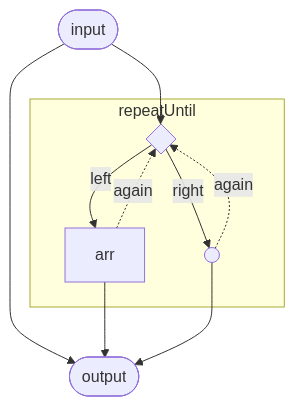
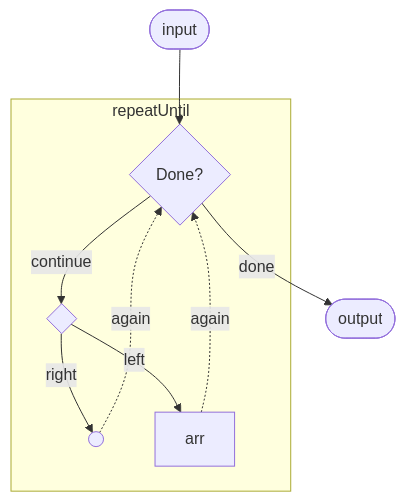
Before and after one commit to drshade/haskell-agentic: the diagram in examples/diagrams/choice-in-repeat.mmd, drawn with Mermaid. The commit also changed 25 other files, not shown here.

Commit message:
Draw repeat predicates with explicit done and continue routes

```diff
--- a/examples/diagrams/choice-in-repeat.mmd
+++ b/examples/diagrams/choice-in-repeat.mmd
@@ -1,16 +1,16 @@
 flowchart TD
   input(["input"])
   subgraph n_flow_0["repeatUntil"]
+    n_flow_1{"Done?"}
     n_flow_repeat_seq_1_0{" "}
     entry_flow_repeat_seq_1_select_1((" "))
     n_flow_repeat_seq_1_choose_0_0["arr"]
   end
   output(["output"])
-  input --> n_flow_repeat_seq_1_0
+  input --> n_flow_1
+  n_flow_1 -->|continue| n_flow_repeat_seq_1_0
   n_flow_repeat_seq_1_0 -->|left| n_flow_repeat_seq_1_choose_0_0
-  n_flow_repeat_seq_1_choose_0_0 -.->|again| n_flow_repeat_seq_1_0
+  n_flow_repeat_seq_1_choose_0_0 -.->|again| n_flow_1
   n_flow_repeat_seq_1_0 -->|right| entry_flow_repeat_seq_1_select_1
-  entry_flow_repeat_seq_1_select_1 -.->|again| n_flow_repeat_seq_1_0
-  input --> output
-  n_flow_repeat_seq_1_choose_0_0 --> output
-  entry_flow_repeat_seq_1_select_1 --> output
+  entry_flow_repeat_seq_1_select_1 -.->|again| n_flow_1
+  n_flow_1 -->|done| output
```
